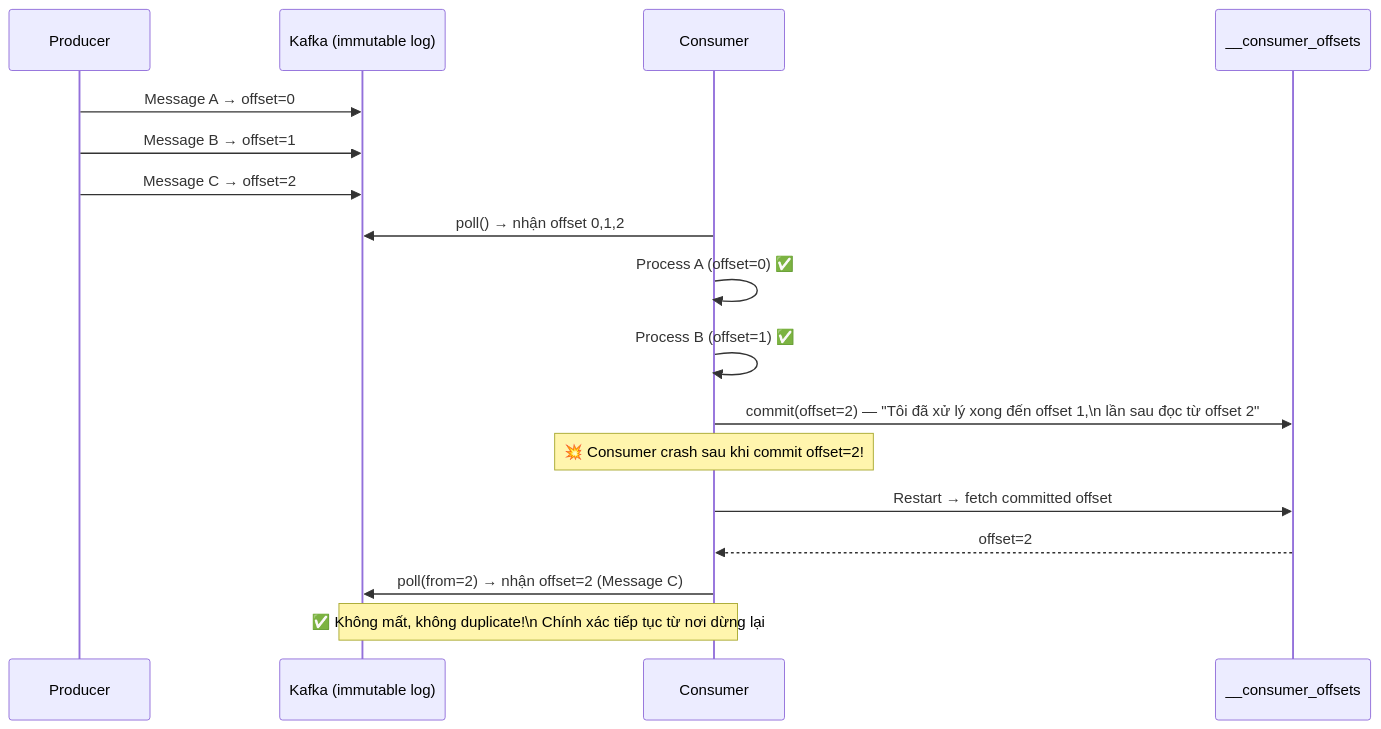
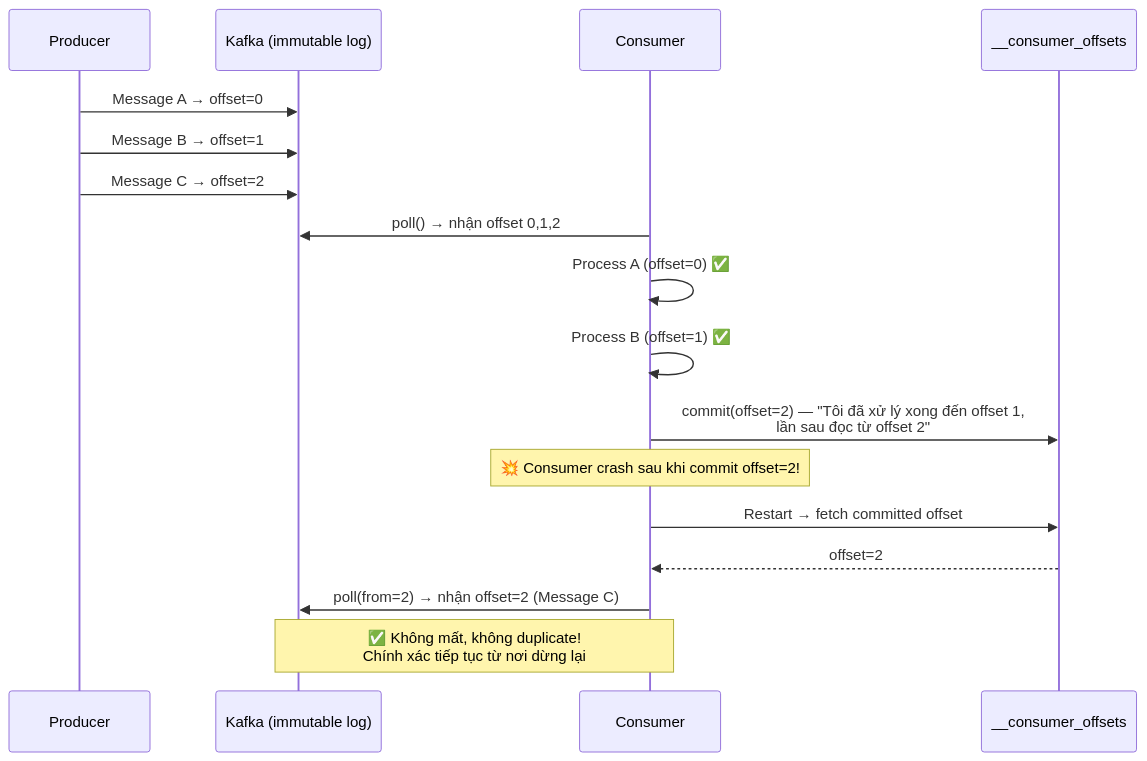
Before and after one commit to dangthobach/dangthobach.github.io: the ninth of 18 diagrams in quartz/content/Microservices-Patterns/Kafka-Partition-and-Offset-Internals.md, drawn with Mermaid. The commit also changed other lines of this file and 114 other files, not shown here.

````diff
--- a/quartz/content/Microservices-Patterns/Kafka-Partition-and-Offset-Internals.md
+++ b/quartz/content/Microservices-Patterns/Kafka-Partition-and-Offset-Internals.md
@@ -253,23 +253,23 @@
 ```mermaid
 sequenceDiagram
     participant P as Producer
     participant K as Kafka (immutable log)
     participant C as Consumer
     participant OT as __consumer_offsets
 
     P->>K: Message A → offset=0
     P->>K: Message B → offset=1
     P->>K: Message C → offset=2
 
     C->>K: poll() → nhận offset 0,1,2
     C->>C: Process A (offset=0) ✅
     C->>C: Process B (offset=1) ✅
-    C->>OT: commit(offset=2) — "Tôi đã xử lý xong đến offset 1,\n                               lần sau đọc từ offset 2"
+    C->>OT: commit(offset=2) — "Tôi đã xử lý xong đến offset 1,<br/>                               lần sau đọc từ offset 2"
 
     Note over C: 💥 Consumer crash sau khi commit offset=2!
 
     C->>OT: Restart → fetch committed offset
     OT-->>C: offset=2
     C->>K: poll(from=2) → nhận offset=2 (Message C)
-    Note over C,K: ✅ Không mất, không duplicate!\n   Chính xác tiếp tục từ nơi dừng lại
+    Note over C,K: ✅ Không mất, không duplicate!<br/>   Chính xác tiếp tục từ nơi dừng lại
 ```
````
